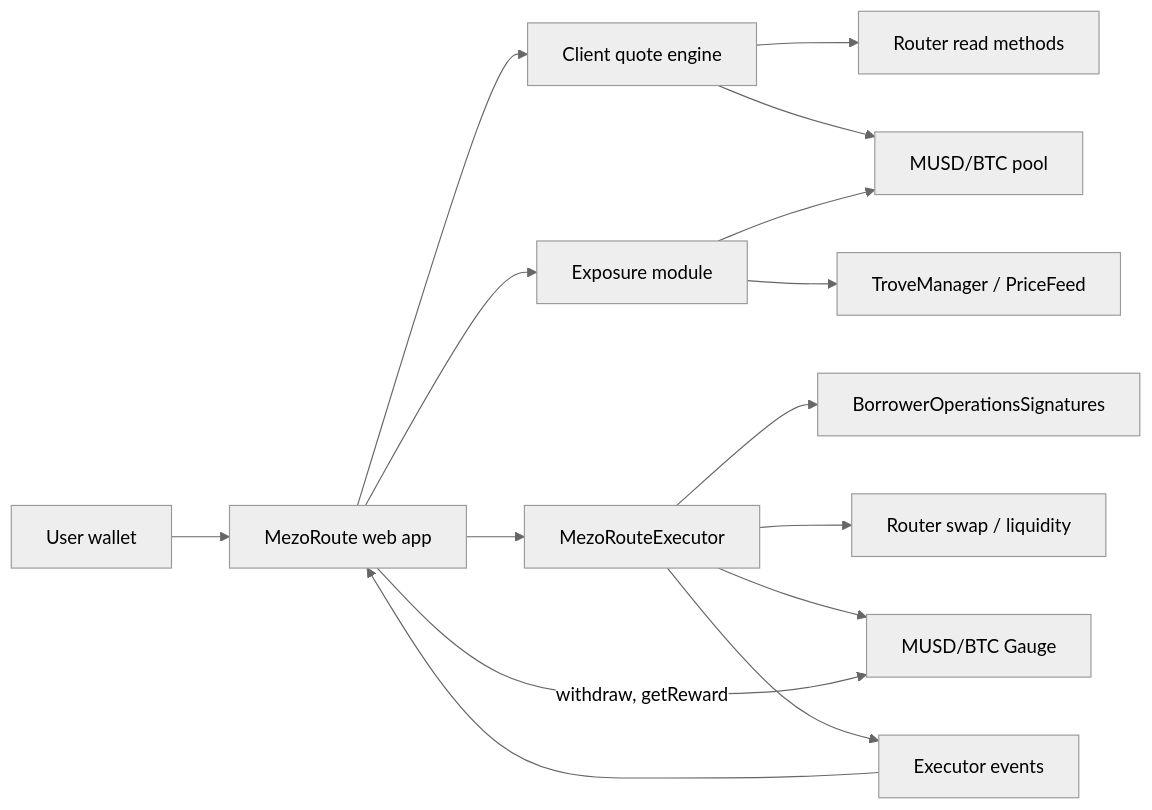
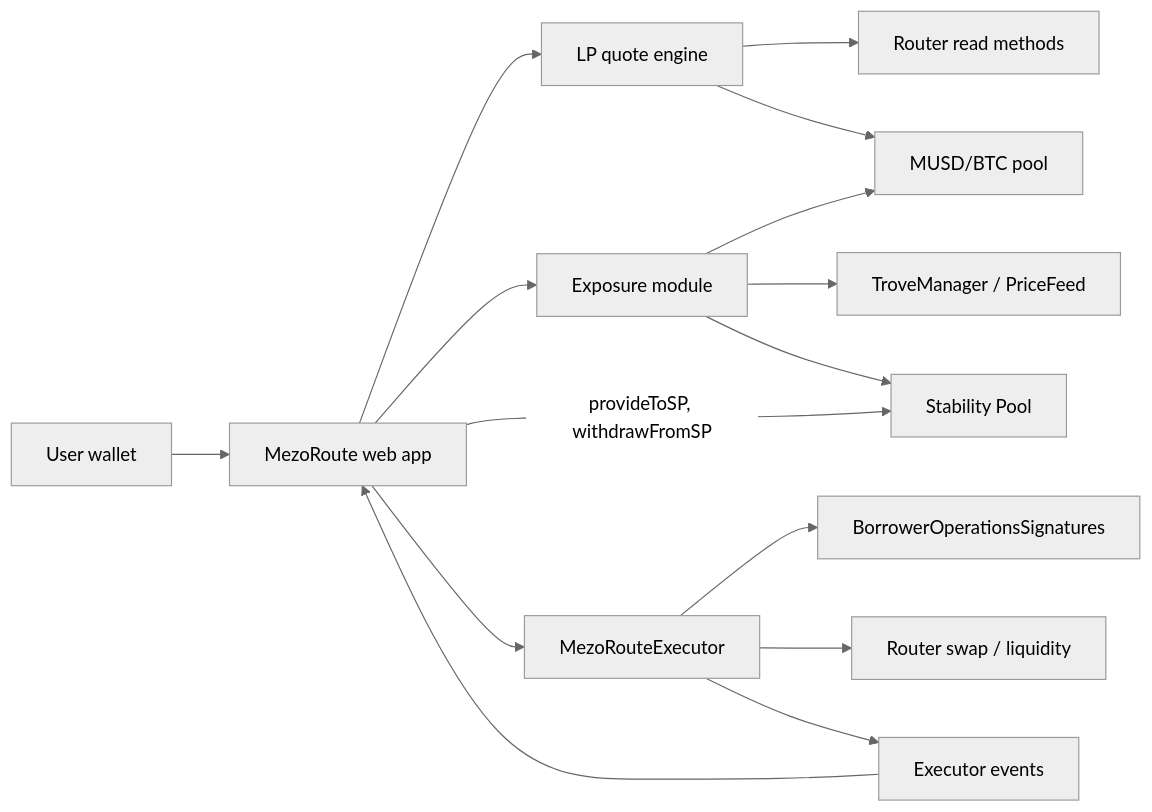
One commit to hms1499/MezoRoute changed the diagram in PRODUCT_SPEC.md. Above: the diagram before and after it, drawn with Mermaid (neutral theme). The commit also changed other lines of this file, not shown here.

First line of the commit message:
Revise spec v2.1: replace gauge/MEZO with Stability Pool route

````diff
--- a/PRODUCT_SPEC.md
+++ b/PRODUCT_SPEC.md
@@ -285,17 +305,17 @@
 ```mermaid
 flowchart LR
     U[User wallet] --> UI[MezoRoute web app]
-    UI --> Q[Client quote engine]
+    UI --> Q[LP quote engine]
     UI --> X[Exposure module]
     Q --> R[Router read methods]
     Q --> P[MUSD/BTC pool]
     X --> T[TroveManager / PriceFeed]
     X --> P
+    X --> SP[Stability Pool]
     UI --> E[MezoRouteExecutor]
     E --> BOS[BorrowerOperationsSignatures]
     E --> R2[Router swap / liquidity]
-    E --> G[MUSD/BTC Gauge]
-    UI -->|withdraw, getReward| G
+    UI -->|provideToSP, withdrawFromSP| SP
     E --> L[Executor events]
     L --> UI
 ```
````
